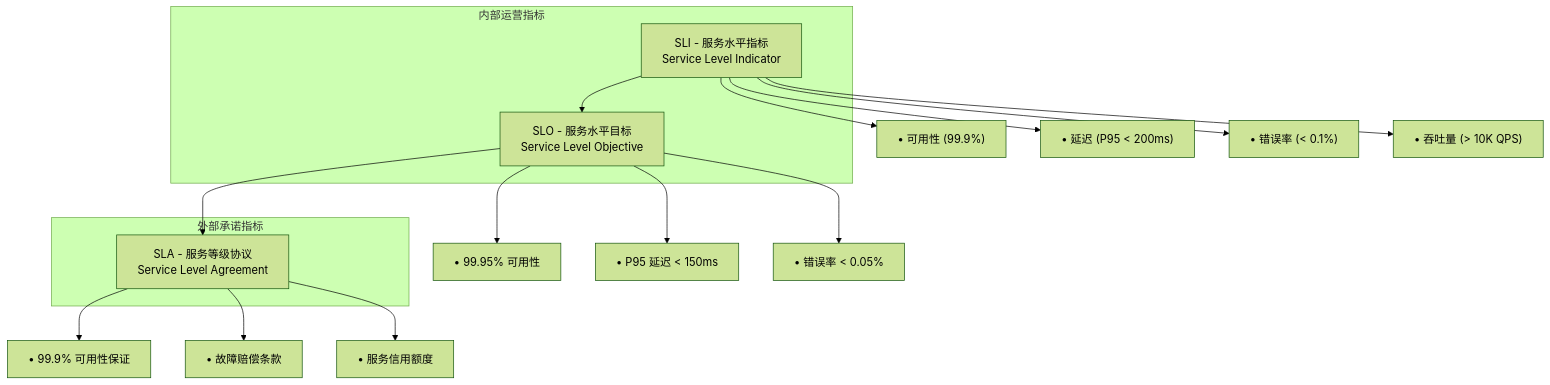
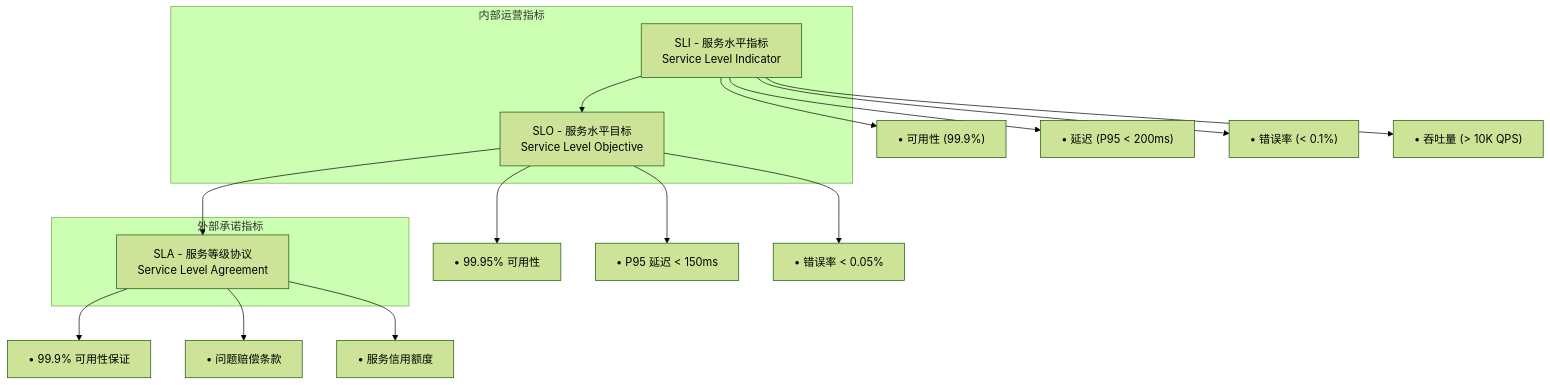
One commit to kudig-io/kudig-database changed the first of 2 diagrams in domain-17-system-foundation/topic-dictionary/operations/sli-slo-sla-engineering.md. Above: the diagram before and after it, drawn with Mermaid (forest theme). The commit also changed other lines of this file and 1236 other files, not shown here.

````diff
--- a/domain-17-system-foundation/topic-dictionary/operations/sli-slo-sla-engineering.md
+++ b/domain-17-system-foundation/topic-dictionary/operations/sli-slo-sla-engineering.md
@@ -85,40 +85,40 @@
 ```mermaid
 graph TD
     A[SLI - 服务水平指标<br/>Service Level Indicator] --> B[SLO - 服务水平目标<br/>Service Level Objective]
     B --> C[SLA - 服务等级协议<br/>Service Level Agreement]
     
     subgraph "内部运营指标"
         A
         B
     end
     
     subgraph "外部承诺指标"
         C
     end
     
     A1["• 可用性 (99.9%)"]
     A2["• 延迟 (P95 < 200ms)"]
     A3["• 错误率 (< 0.1%)"]
     A4["• 吞吐量 (> 10K QPS)"]
     
     B1["• 99.95% 可用性"]
     B2["• P95 延迟 < 150ms"]
     B3["• 错误率 < 0.05%"]
     
     C1["• 99.9% 可用性保证"]
-    C2["• 故障赔偿条款"]
+    C2["• 问题赔偿条款"]
     C3["• 服务信用额度"]
     
     A --> A1
     A --> A2
     A --> A3
     A --> A4
     
     B --> B1
     B --> B2
     B --> B3
     
     C --> C1
     C --> C2
     C --> C3
 ```
````
